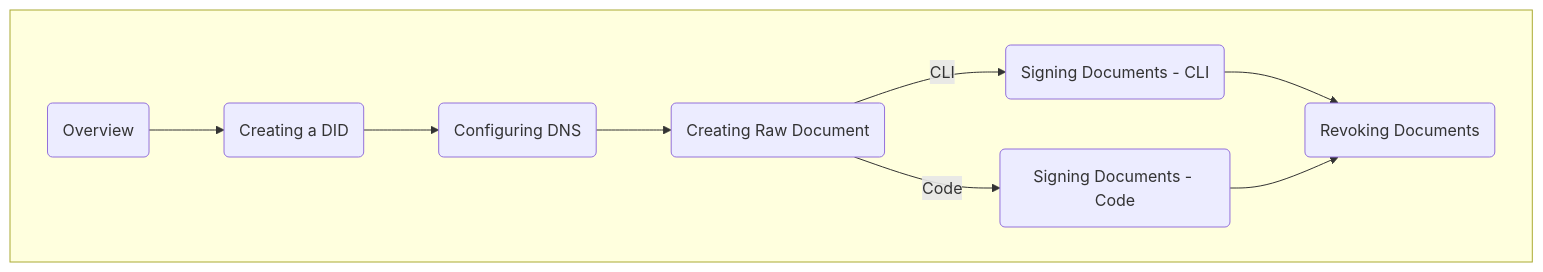
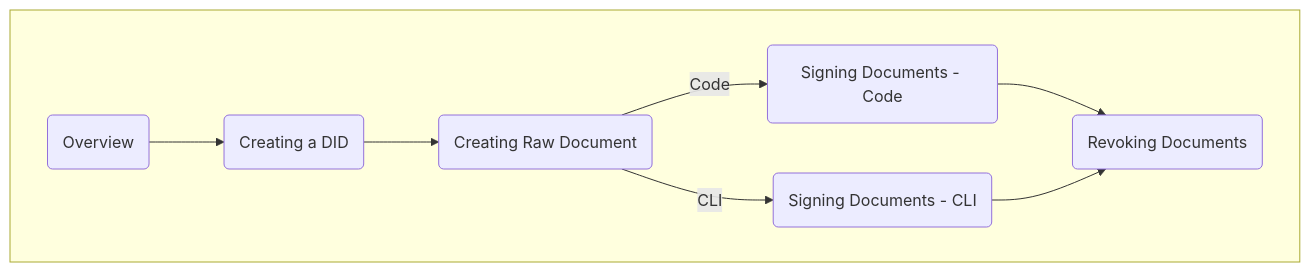
The diagram in docs/key-components-of-tradetrust/w3c-vc/signing-documents/flow.mdx (TradeTrust/documentation), drawn with Mermaid before and after one commit.

Commit message:
fix: update w3c flow

````diff
--- a/docs/key-components-of-tradetrust/w3c-vc/signing-documents/flow.mdx
+++ b/docs/key-components-of-tradetrust/w3c-vc/signing-documents/flow.mdx
@@ -1,21 +1,20 @@
 ```mermaid
 graph TD;
 subgraph Z[" "]
 direction LR
     A(Overview)-->B(Creating a DID);
-    B-->C(Configuring DNS);
-    C-->D(Creating Raw Document);
-    D -- CLI -->E(Signing Documents - CLI);
-    D -- Code -->F(Signing Documents - Code);
-    E-->G(Revoking Documents);
-    F-->G;
+    B-->C(Creating Raw Document);
+    C -- CLI -->D(Signing Documents - CLI);
+    C -- Code -->E(Signing Documents - Code);
+    E-->F(Revoking Documents);
+    D-->F;
 
-    click A href "/docs/tutorial/verifiable-documents/overview"
-    click B href "/docs/tutorial/verifiable-documents/create"
-    click C href "/docs/tutorial/verifiable-documents/dns"
-    click D href "/docs/tutorial/verifiable-documents/raw-document"
-    click E href "/docs/key-components-of-tradetrust/w3c-vc/signing-documents/signing-document-cli"
-    click F href "/docs/key-components-of-tradetrust/w3c-vc/signing-documents/signing-document-code"
+    click A href "docs/key-components-of-tradetrust/w3c-vc/verifying-documents/overview"
+    click B href "/docs/key-components-of-tradetrust/w3c-vc/identify-the-issuer/issuer-method-did-web"
+    click C href "/docs/key-components-of-tradetrust/w3c-vc/tradetrust-document-schema"
+    click D href "/docs/key-components-of-tradetrust/w3c-vc/signing-documents/signing-document-cli"
+    click E href "/docs/key-components-of-tradetrust/w3c-vc/signing-documents/signing-document-code"
+    click F href "/docs/key-components-of-tradetrust/w3c-vc/verifying-documents/document-status"
     click G href "/docs/tutorial/verifiable-documents/revoking-document"
 end
 ```
````
